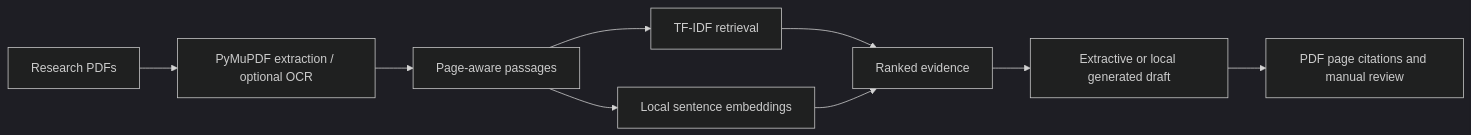
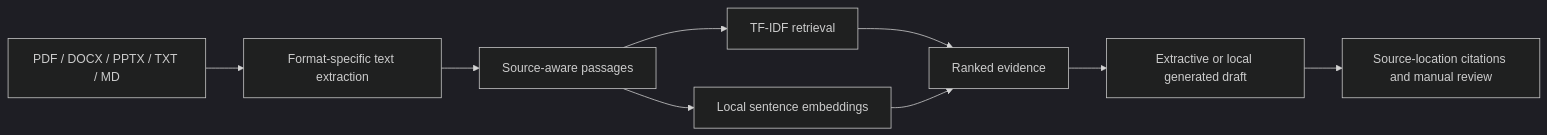
The diagram in DEMO.md (arnavVerma17/papertrail), drawn with Mermaid (dark theme) before and after one commit. The commit also changed other lines of this file and 6 other files, not shown here.

````diff
--- a/DEMO.md
+++ b/DEMO.md
@@ -44,11 +44,11 @@
 ```mermaid
 flowchart LR
-    PDF[Research PDFs] --> EX[PyMuPDF extraction / optional OCR]
-    EX --> CH[Page-aware passages]
+    DOC[PDF / DOCX / PPTX / TXT / MD] --> EX[Format-specific text extraction]
+    EX --> CH[Source-aware passages]
     CH --> KW[TF-IDF retrieval]
     CH --> EMB[Local sentence embeddings]
     KW --> R[Ranked evidence]
     EMB --> R
     R --> AN[Extractive or local generated draft]
-    AN --> CIT[PDF page citations and manual review]
+    AN --> CIT[Source-location citations and manual review]
 ```
````
